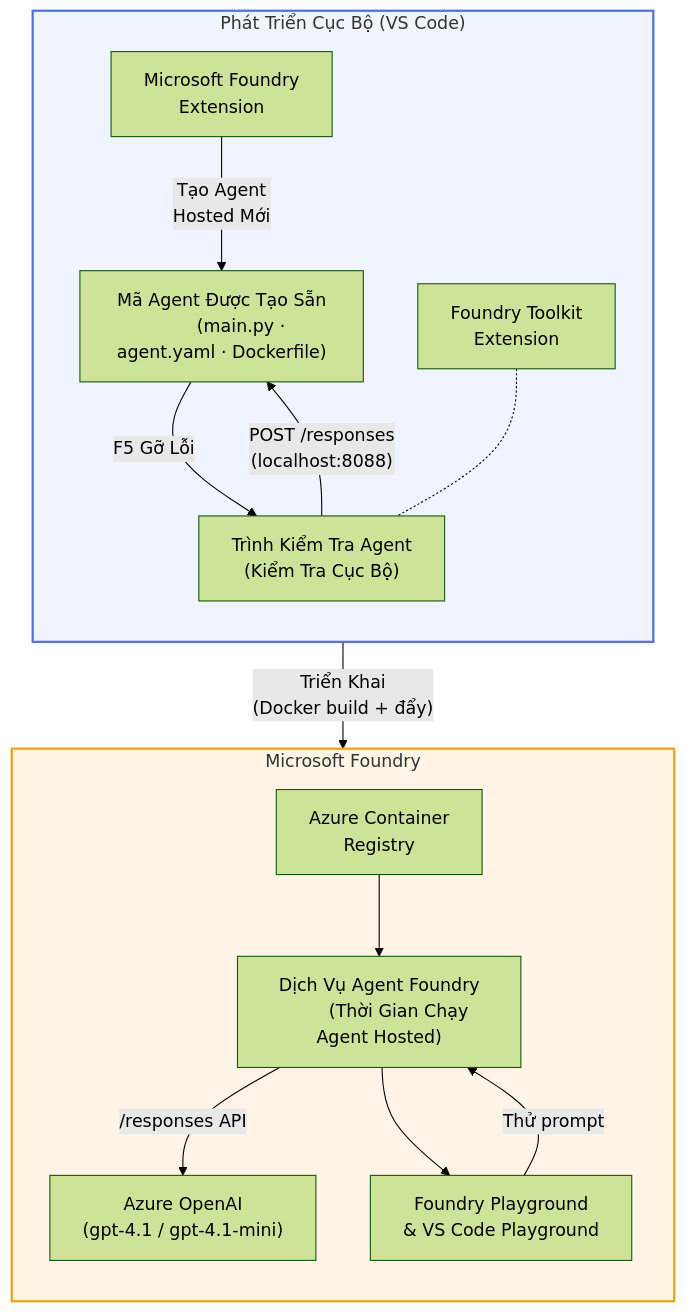
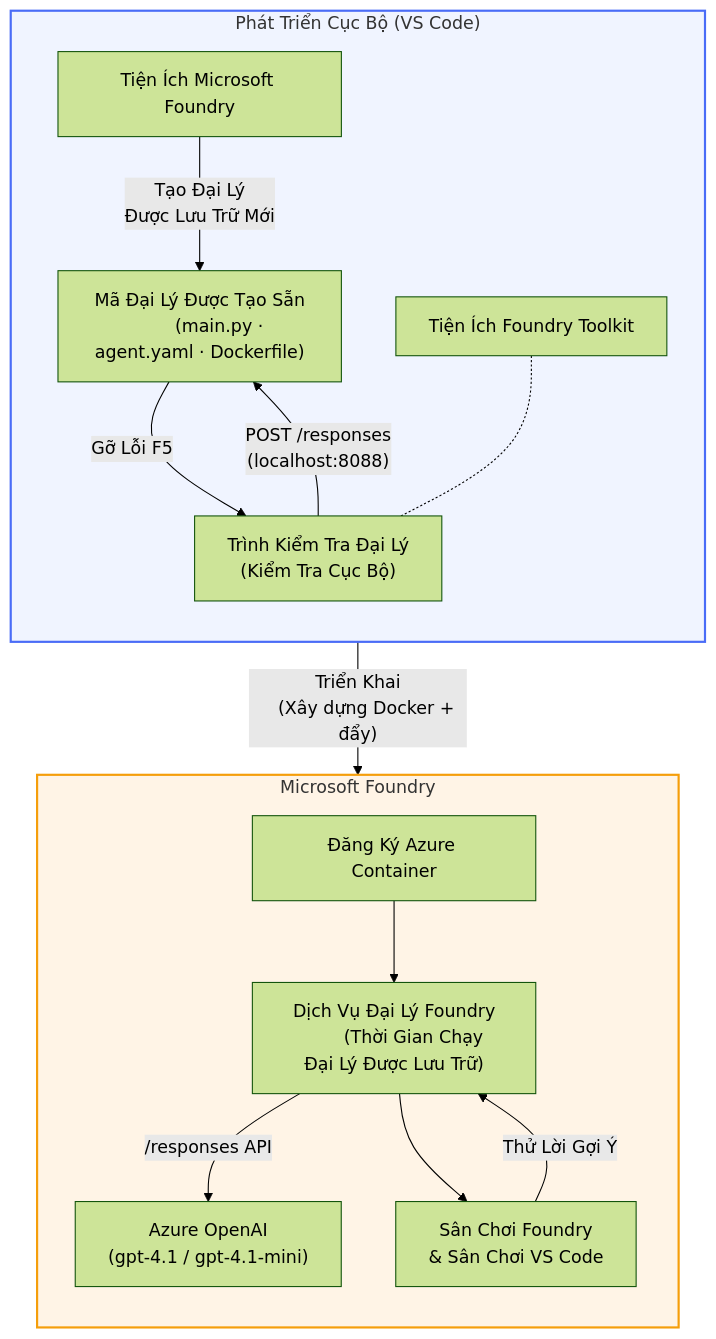
Before and after one commit to microsoft-foundry/Foundry_Toolkit_for_VSCode_Lab: the diagram in translations/vi/README.md, drawn with Mermaid (forest theme). The commit also changed other lines of this file and 110 other files, not shown here.

````diff
--- a/translations/vi/README.md
+++ b/translations/vi/README.md
@@ -48,42 +52,39 @@
 ```mermaid
 flowchart TB
     subgraph Local["Phát Triển Cục Bộ (VS Code)"]
         direction TB
-        FE["Microsoft Foundry
-        Extension"]
-        FoundryToolkit["Foundry Toolkit
-        Extension"]
-        Scaffold["Mã Agent Được Tạo Sẵn
+        FE["Tiện Ích Microsoft Foundry"]
+        FoundryToolkit["Tiện Ích Foundry Toolkit"]
+        Scaffold["Mã Đại Lý Được Tạo Sẵn
         (main.py · agent.yaml · Dockerfile)"]
-        Inspector["Trình Kiểm Tra Agent
+        Inspector["Trình Kiểm Tra Đại Lý
         (Kiểm Tra Cục Bộ)"]
-        FE -- "Tạo Agent
-        Hosted Mới" --> Scaffold
-        Scaffold -- "F5 Gỡ Lỗi" --> Inspector
+        FE -- "Tạo Đại Lý
+        Được Lưu Trữ Mới" --> Scaffold
+        Scaffold -- "Gỡ Lỗi F5" --> Inspector
         FoundryToolkit -.- Inspector
     end
 
     subgraph Cloud["Microsoft Foundry"]
         direction TB
-        ACR["Azure Container
-        Registry"]
-        AgentService["Dịch Vụ Agent Foundry
-        (Thời Gian Chạy Agent Hosted)"]
+        ACR["Đăng Ký Azure Container"]
+        AgentService["Dịch Vụ Đại Lý Foundry
+        (Thời Gian Chạy Đại Lý Được Lưu Trữ)"]
         Model["Azure OpenAI
         (gpt-4.1 / gpt-4.1-mini)"]
-        Playground["Foundry Playground
-        & VS Code Playground"]
+        Playground["Sân Chơi Foundry
+        & Sân Chơi VS Code"]
         ACR --> AgentService
         AgentService -- "/responses API" --> Model
         AgentService --> Playground
     end
 
     Scaffold -- "Triển Khai
-    (Docker build + đẩy)" --> ACR
+    (Xây dựng Docker + đẩy)" --> ACR
     Inspector -- "POST /responses
     (localhost:8088)" --> Scaffold
-    Playground -- "Thử prompt" --> AgentService
+    Playground -- "Thử Lời Gợi Ý" --> AgentService
 
     style Local fill:#f0f4ff,stroke:#4a6cf7,stroke-width:2px
     style Cloud fill:#fff4e6,stroke:#f59e0b,stroke-width:2px
 ```
````
